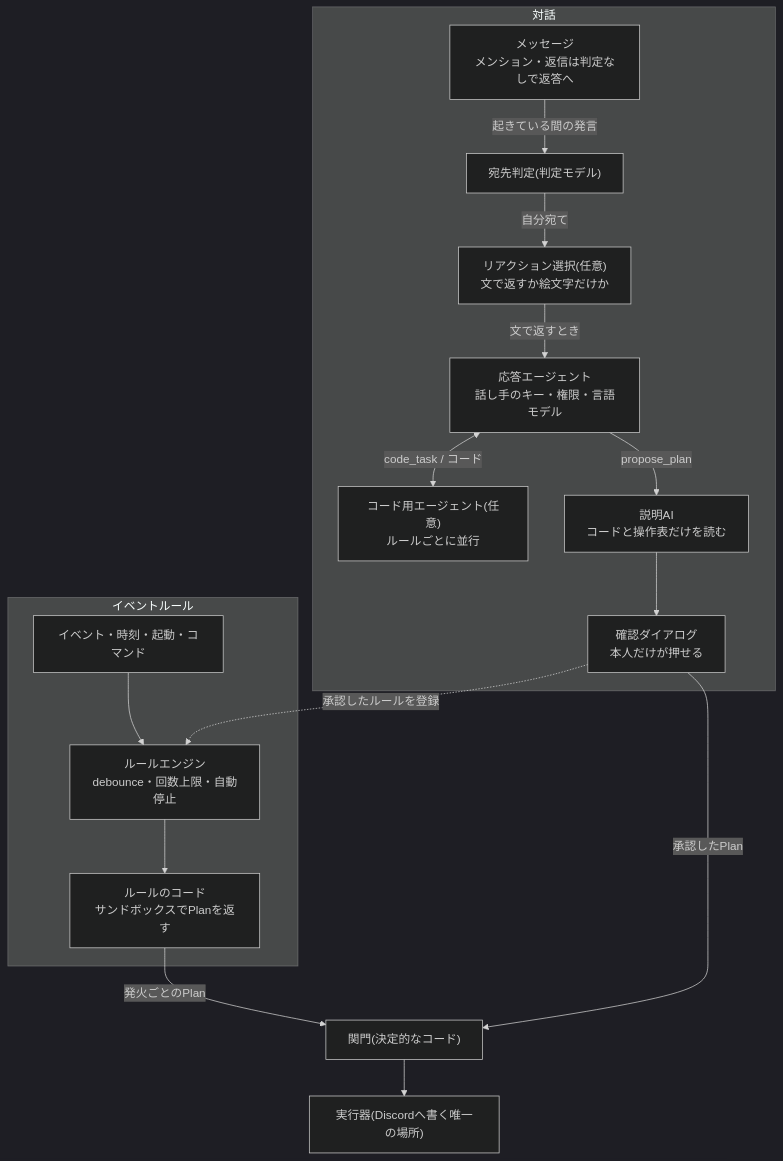
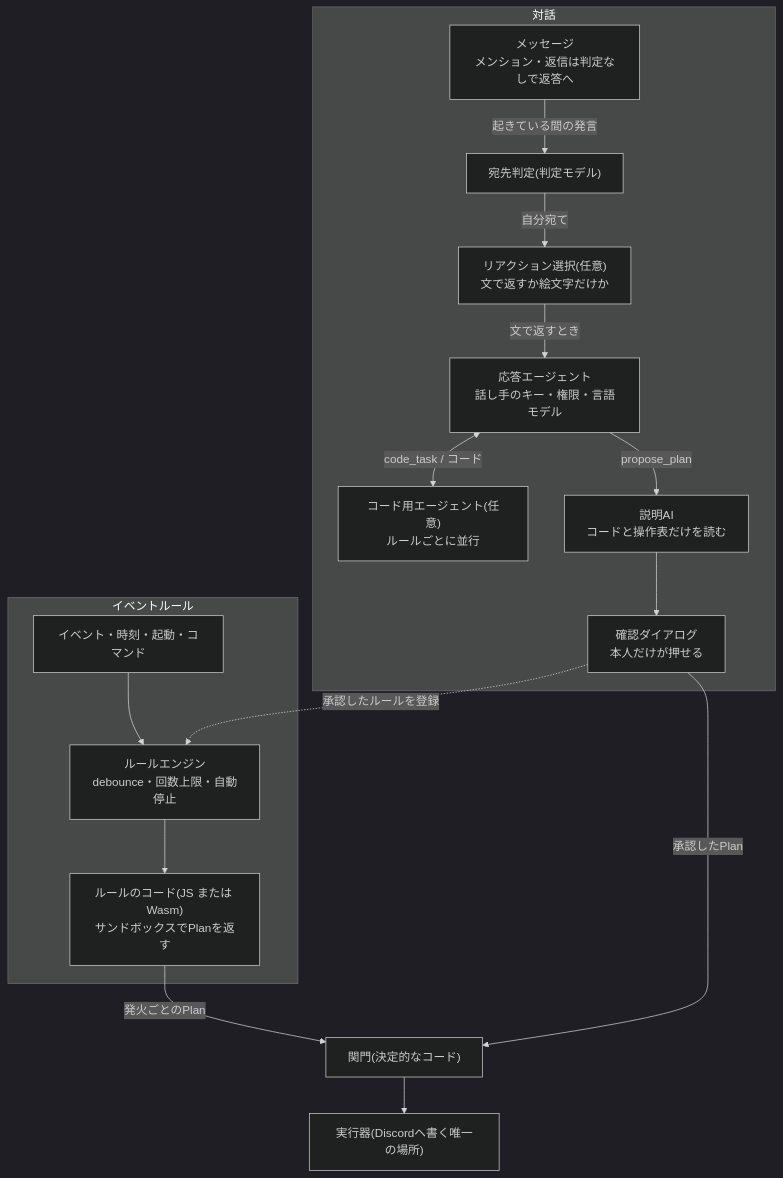
The second of 3 diagrams in README.md (gw31415/discord-secretary-bot), drawn with Mermaid (dark theme) before and after one commit. The commit also changed other lines of this file, not shown here.

First line of the commit message:
Mention Wasm modules in the README's usage and agent sections

````diff
--- a/README.md
+++ b/README.md
@@ -42,19 +42,19 @@
 ```mermaid
 flowchart TB
   subgraph 対話
     M["メッセージ<br/>メンション・返信は判定なしで返答へ"] -->|起きている間の発言| J["宛先判定(判定モデル)"]
     J -->|自分宛て| X["リアクション選択(任意)<br/>文で返すか絵文字だけか"]
     X -->|文で返すとき| RA["応答エージェント<br/>話し手のキー・権限・言語モデル"]
     RA <-->|code_task / コード| CA["コード用エージェント(任意)<br/>ルールごとに並行"]
     RA -->|propose_plan| EX["説明AI<br/>コードと操作表だけを読む"]
     EX --> DLG["確認ダイアログ<br/>本人だけが押せる"]
   end
   subgraph イベントルール
     EV["イベント・時刻・起動・コマンド"] --> EN["ルールエンジン<br/>debounce・回数上限・自動停止"]
-    EN --> RC["ルールのコード<br/>サンドボックスでPlanを返す"]
+    EN --> RC["ルールのコード(JS または Wasm)<br/>サンドボックスでPlanを返す"]
   end
   DLG -.->|承認したルールを登録| EN
   DLG -->|承認したPlan| G["関門(決定的なコード)"]
   RC -->|発火ごとのPlan| G
   G --> EXE["実行器(Discordへ書く唯一の場所)"]
 ```
````
